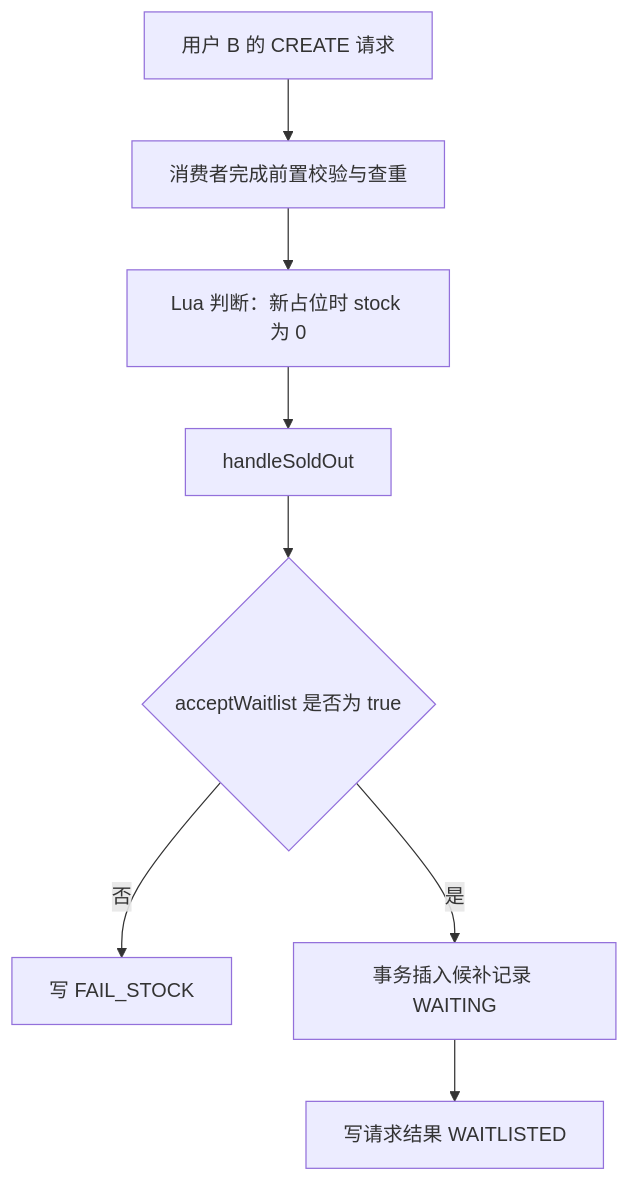
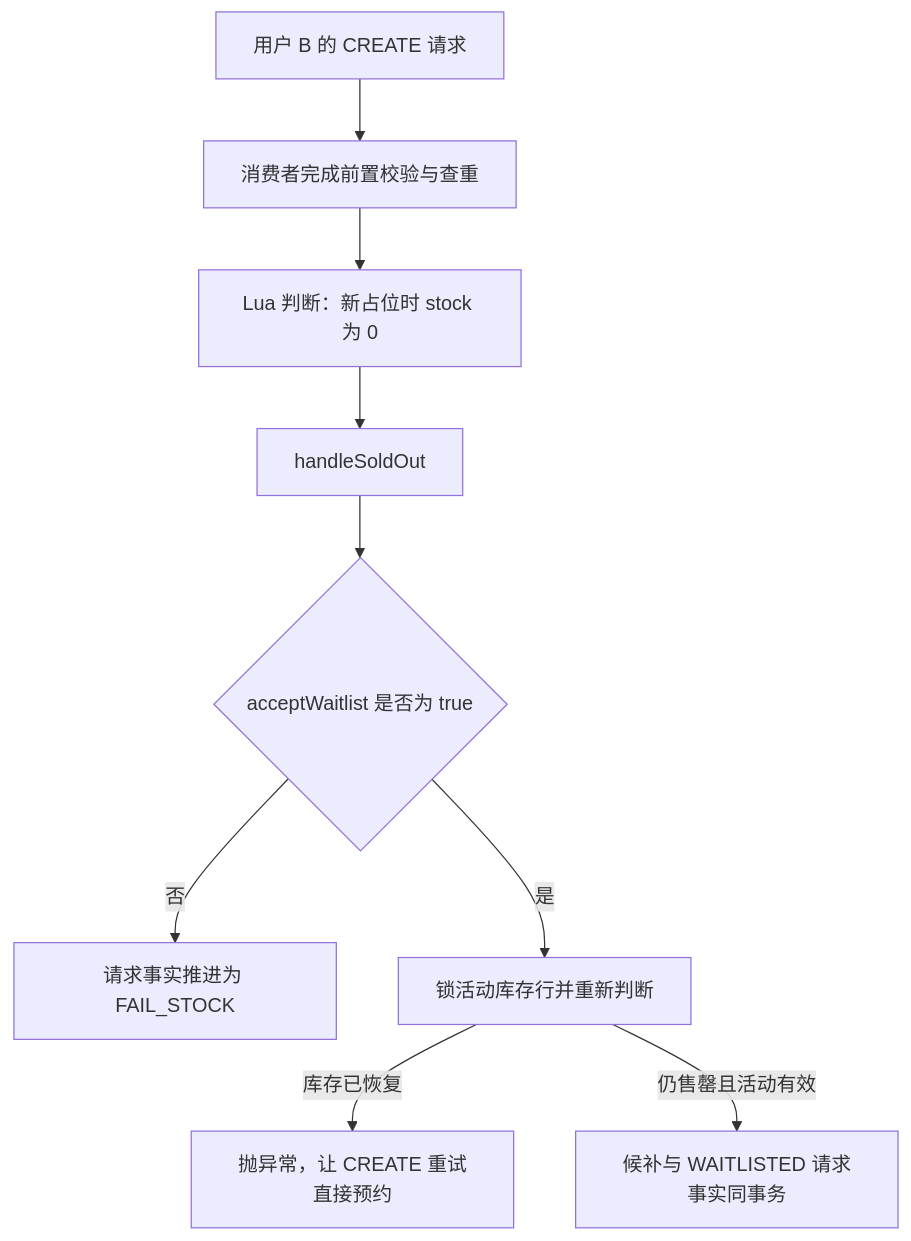
One commit to SyH-101/citypass-platform changed the first of 11 diagrams in 03-候补调度与资源交接.md. Above: the diagram before and after it, drawn with Mermaid. The commit also changed other lines of this file and 1 other file, not shown here.

````diff
--- a/03-候补调度与资源交接.md
+++ b/03-候补调度与资源交接.md
@@ -139,10 +137,11 @@
 ```mermaid
 flowchart TD
     B[用户 B 的 CREATE 请求] --> P[消费者完成前置校验与查重]
     P --> L[Lua 判断：新占位时 stock 为 0]
     L --> H[handleSoldOut]
     H --> A{acceptWaitlist 是否为 true}
-    A -->|否| F[写 FAIL_STOCK]
-    A -->|是| W[事务插入候补记录 WAITING]
-    W --> R[写请求结果 WAITLISTED]
+    A -->|否| F[请求事实推进为 FAIL_STOCK]
+    A -->|是| W[锁活动库存行并重新判断]
+    W -->|库存已恢复| X[抛异常，让 CREATE 重试直接预约]
+    W -->|仍售罄且活动有效| R[候补与 WAITLISTED 请求事实同事务]
 ```
````
